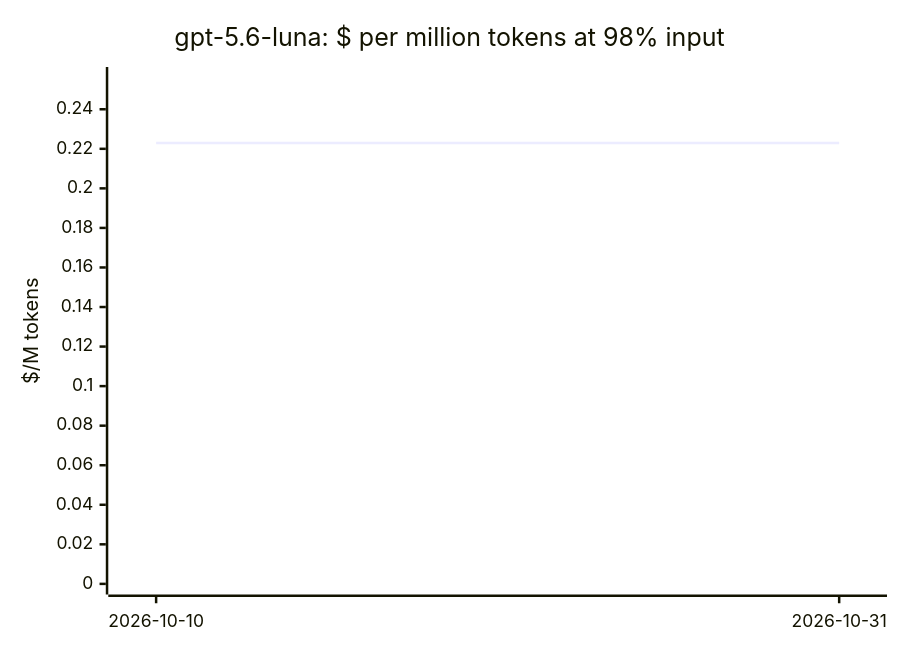
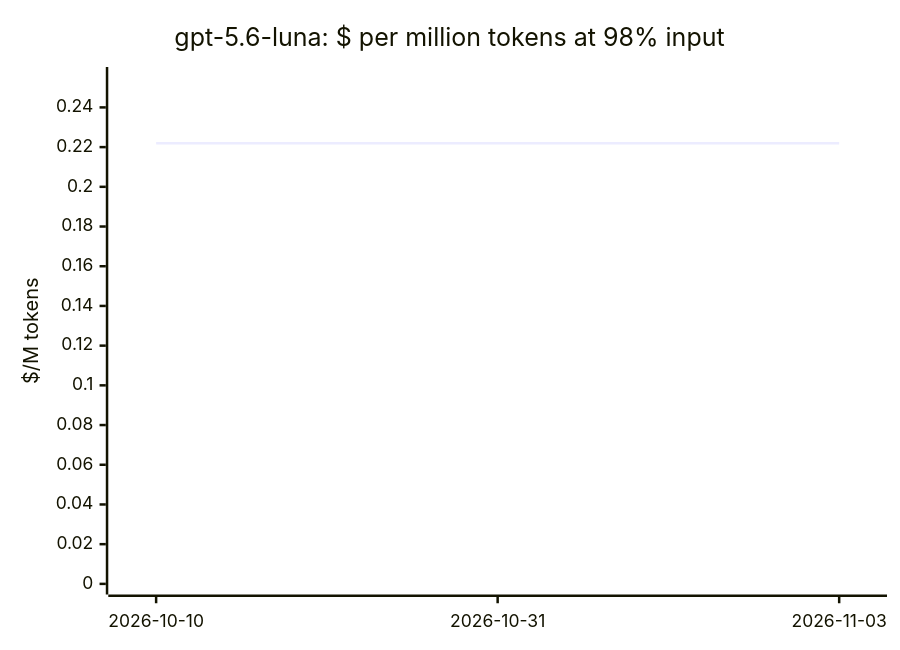
One commit to cklukas/OMEGA_TRANSFORM changed diagram 13 of 20 in docs/openrouter-models.md. Above: the diagram before and after it, drawn with Mermaid. The commit also changed other lines of this file and 469 other files, not shown here.

````diff
--- a/docs/openrouter-models.md
+++ b/docs/openrouter-models.md
@@ -241,7 +248,7 @@
 ```mermaid
 xychart-beta
     title "gpt-5.6-luna: $ per million tokens at 98% input"
-    x-axis ["2026-10-10", "2026-10-31"]
-    y-axis "$/M tokens" 0 --> 0.256
-    line [0.2229, 0.2229]
+    x-axis ["2026-10-10", "2026-10-31", "2026-11-03"]
+    y-axis "$/M tokens" 0 --> 0.255
+    line [0.222, 0.222, 0.222]
 ```
````
